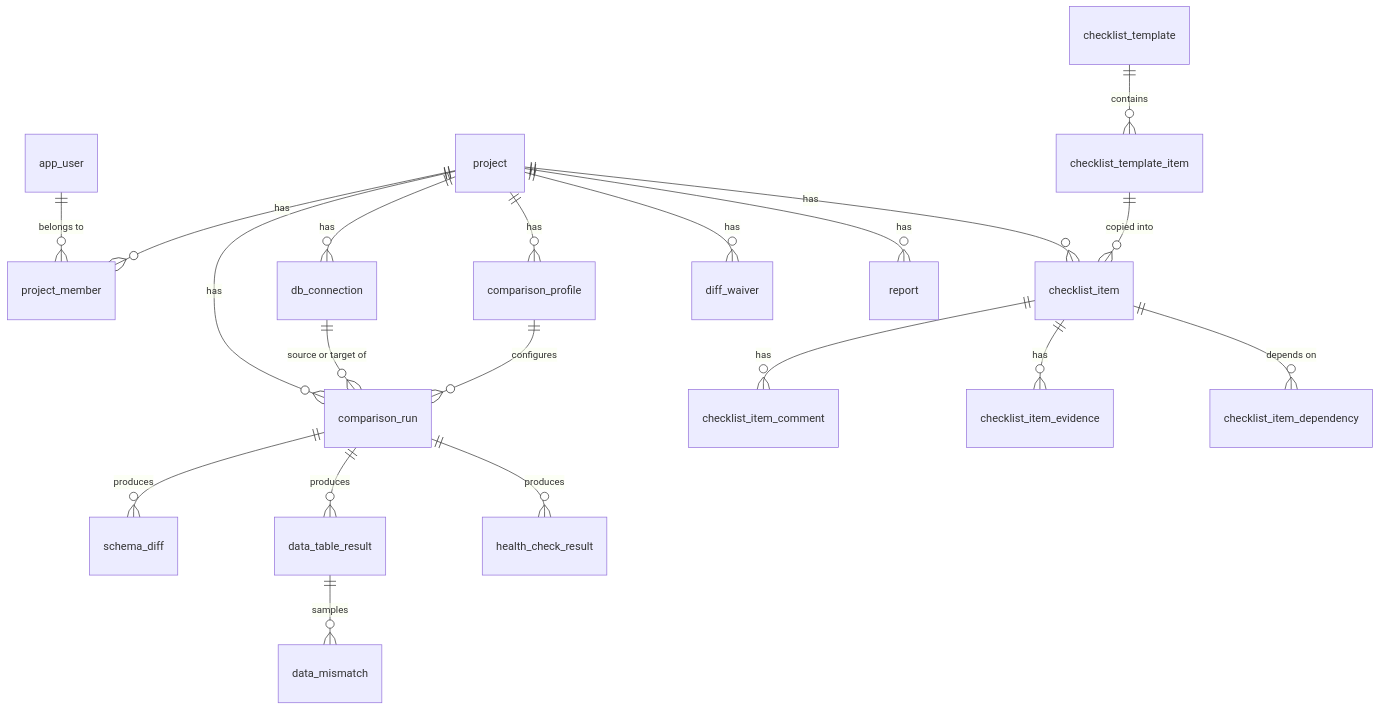
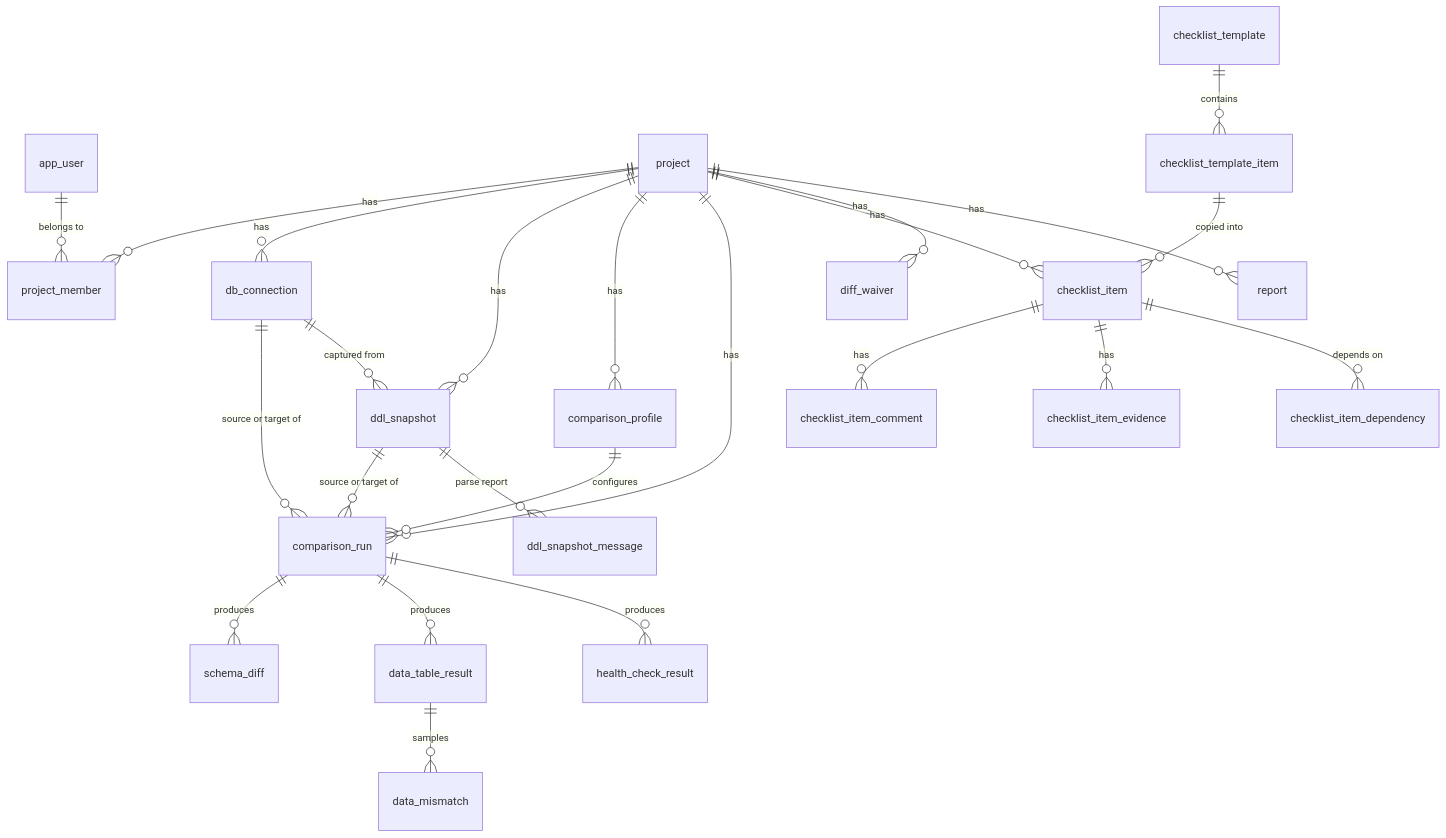
Before and after one commit to ardon-g-tolentino-jr/cooked-service: the fifth of 5 diagrams in docs/DB_MIGRATION_ASSISTANT_SPEC.md, drawn with Mermaid. The commit also changed other lines of this file and 1 other file, not shown here.

First line of the commit message:
docs: dbmig spec v0.2 - MySQL/PostgreSQL/Oracle, standalone, DDL input

````diff
--- a/docs/DB_MIGRATION_ASSISTANT_SPEC.md
+++ b/docs/DB_MIGRATION_ASSISTANT_SPEC.md
@@ -988,22 +1213,26 @@
 ```mermaid
 erDiagram
   app_user ||--o{ project_member : "belongs to"
   project ||--o{ project_member : has
   project ||--o{ db_connection : has
+  project ||--o{ ddl_snapshot : has
   project ||--o{ comparison_profile : has
   project ||--o{ comparison_run : has
   project ||--o{ checklist_item : has
   project ||--o{ diff_waiver : has
   project ||--o{ report : has
   checklist_template ||--o{ checklist_template_item : contains
   checklist_template_item ||--o{ checklist_item : "copied into"
   checklist_item ||--o{ checklist_item_comment : has
   checklist_item ||--o{ checklist_item_evidence : has
   checklist_item ||--o{ checklist_item_dependency : "depends on"
   db_connection ||--o{ comparison_run : "source or target of"
+  ddl_snapshot ||--o{ comparison_run : "source or target of"
+  ddl_snapshot ||--o{ ddl_snapshot_message : "parse report"
+  db_connection ||--o{ ddl_snapshot : "captured from"
   comparison_profile ||--o{ comparison_run : configures
   comparison_run ||--o{ schema_diff : produces
   comparison_run ||--o{ data_table_result : produces
   comparison_run ||--o{ health_check_result : produces
   data_table_result ||--o{ data_mismatch : samples
 ```
````
